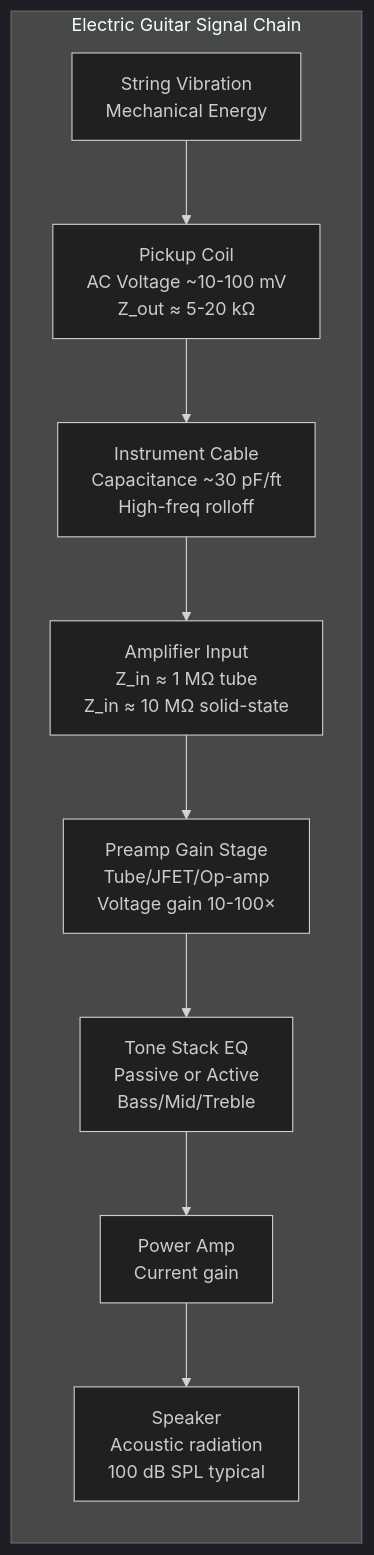
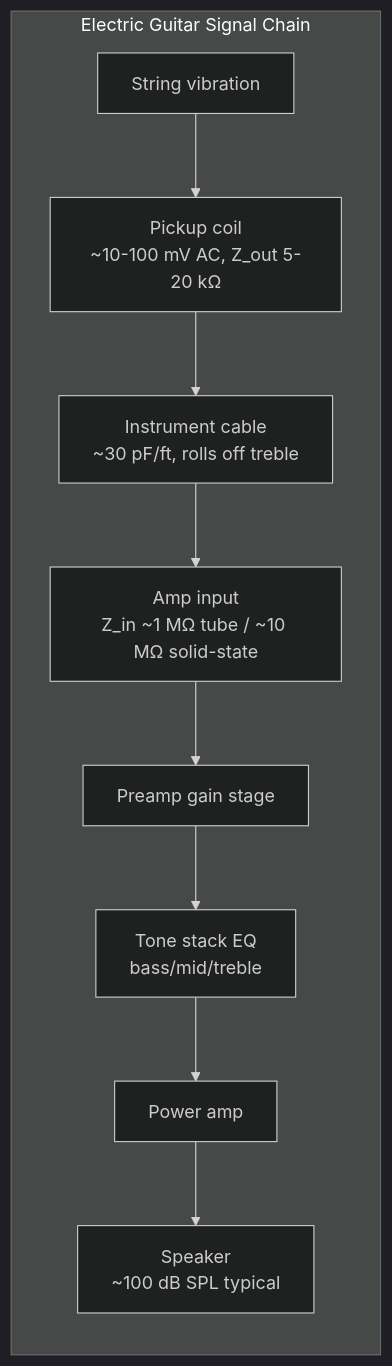
One commit to blebleblee/synapse changed the third of 3 diagrams in topics/arts/music_performance/electric_guitar/lesson_03_pentatonic_modes_and_blues_phrasing.md. Above: the diagram before and after it, drawn with Mermaid (dark theme). The commit also changed other lines of this file and 3 other files, not shown here.

````diff
--- a/topics/arts/music_performance/electric_guitar/lesson_03_pentatonic_modes_and_blues_phrasing.md
+++ b/topics/arts/music_performance/electric_guitar/lesson_03_pentatonic_modes_and_blues_phrasing.md
@@ -289,12 +264,12 @@
 ```mermaid
 graph LR
     subgraph sub_signal ["Electric Guitar Signal Chain"]
-        A["String Vibration<br/>Mechanical Energy"] --> B["Pickup Coil<br/>AC Voltage ~10-100 mV<br/>Z_out ≈ 5-20 kΩ"]
-        B --> C["Instrument Cable<br/>Capacitance ~30 pF/ft<br/>High-freq rolloff"]
-        C --> D["Amplifier Input<br/>Z_in ≈ 1 MΩ tube<br/>Z_in ≈ 10 MΩ solid-state"]
-        D --> E["Preamp Gain Stage<br/>Tube/JFET/Op-amp<br/>Voltage gain 10-100×"]
-        E --> F["Tone Stack EQ<br/>Passive or Active<br/>Bass/Mid/Treble"]
-        F --> G["Power Amp<br/>Current gain"]
-        G --> H["Speaker<br/>Acoustic radiation<br/>100 dB SPL typical"]
+        A["String vibration"] --> B["Pickup coil<br/>~10-100 mV AC, Z_out 5-20 kΩ"]
+        B --> C["Instrument cable<br/>~30 pF/ft, rolls off treble"]
+        C --> D["Amp input<br/>Z_in ~1 MΩ tube / ~10 MΩ solid-state"]
+        D --> E["Preamp gain stage"]
+        E --> F["Tone stack EQ<br/>bass/mid/treble"]
+        F --> G["Power amp"]
+        G --> H["Speaker<br/>~100 dB SPL typical"]
     end
 ```
````
